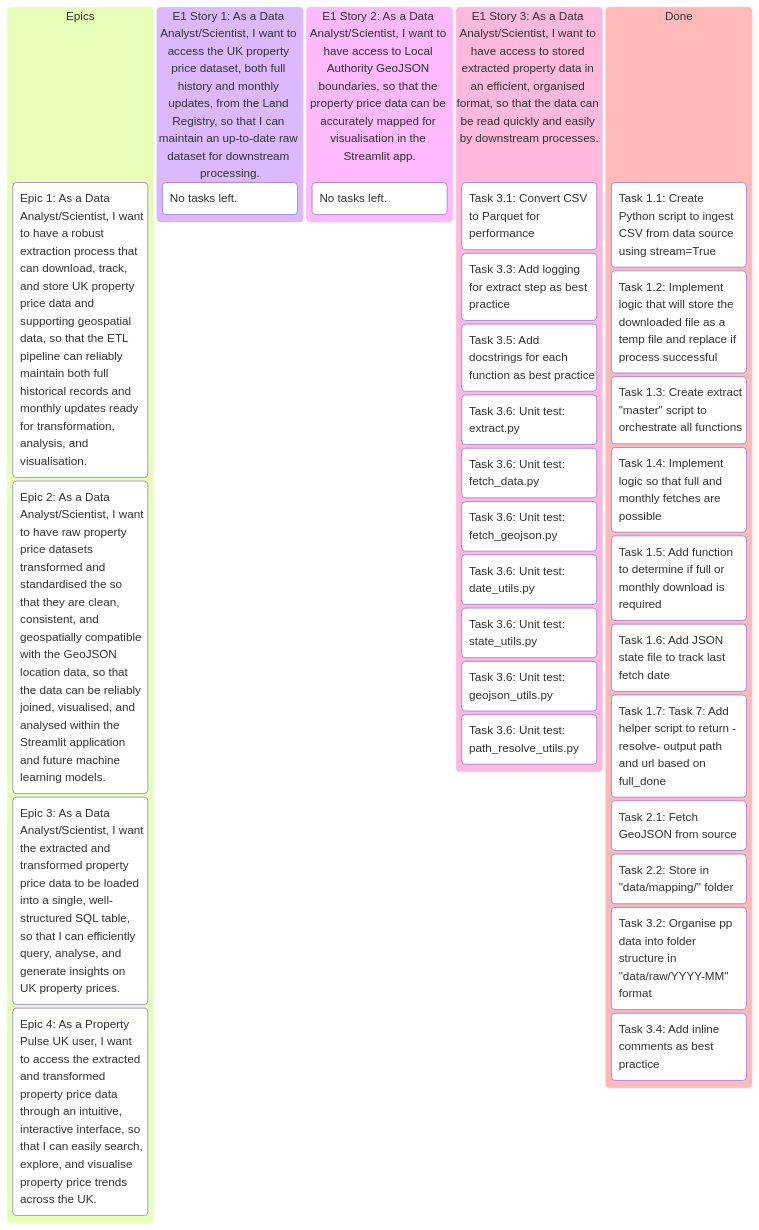
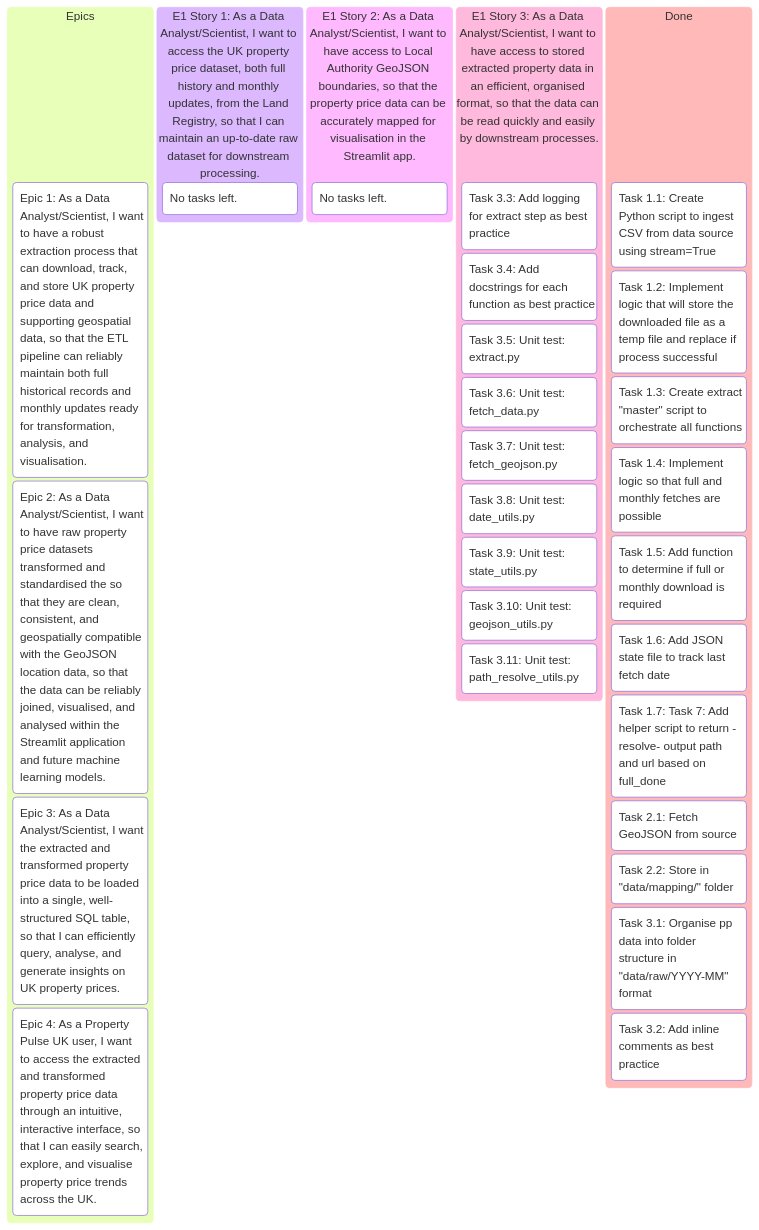
One commit to pavlekovic/property-pulse-uk changed the first of 2 diagrams in README.md. Above: the diagram before and after it, drawn with Mermaid. The commit also changed other lines of this file, not shown here.

Commit message:
gitignore update

````diff
--- a/README.md
+++ b/README.md
@@ -179,43 +179,42 @@
 ```mermaid
 kanban
     Epics
         (Epic 1: As a Data Analyst/Scientist, I want to have a robust extraction process that can download, track, and store UK property price data and supporting geospatial data, so that the ETL pipeline can reliably maintain both full historical records and monthly updates ready for transformation, analysis, and visualisation.)
 
         (Epic 2: As a Data Analyst/Scientist, I want to have raw property price datasets transformed and standardised the so that they are clean, consistent, and geospatially compatible with the GeoJSON location data, so that the data can be reliably joined, visualised, and analysed within the Streamlit application and future machine learning models.)
 
         (Epic 3: As a Data Analyst/Scientist, I want the extracted and transformed property price data to be loaded into a single, well-structured SQL table, so that I can efficiently query, analyse, and generate insights on UK property prices.)
 
         (Epic 4: As a Property Pulse UK user, I want to access the extracted and transformed property price data through an intuitive, interactive interface, so that I can easily search, explore, and visualise property price trends across the UK.)
 
     (E1 Story 1: As a Data Analyst/Scientist, I want to access the UK property price dataset, both full history and monthly updates, from the Land Registry, so that I can maintain an up-to-date raw dataset for downstream processing.)
         No tasks left.
 
     (E1 Story 2: As a Data Analyst/Scientist, I want to have access to Local Authority GeoJSON boundaries, so that the property price data can be accurately mapped for visualisation in the Streamlit app.)
         No tasks left.
 
     (E1 Story 3: As a Data Analyst/Scientist, I want to have access to stored extracted property data in an efficient, organised format, so that the data can be read quickly and easily by downstream processes.)
-        Task 3.1: Convert CSV to Parquet for performance
         Task 3.3: Add logging for extract step as best practice
-        Task 3.5: Add docstrings for each function as best practice
-        Task 3.6: Unit test: extract.py
+        Task 3.4: Add docstrings for each function as best practice
+        Task 3.5: Unit test: extract.py
         Task 3.6: Unit test: fetch_data.py
-        Task 3.6: Unit test: fetch_geojson.py
-        Task 3.6: Unit test: date_utils.py
-        Task 3.6: Unit test: state_utils.py
-        Task 3.6: Unit test: geojson_utils.py
-        Task 3.6: Unit test: path_resolve_utils.py
+        Task 3.7: Unit test: fetch_geojson.py
+        Task 3.8: Unit test: date_utils.py
+        Task 3.9: Unit test: state_utils.py
+        Task 3.10: Unit test: geojson_utils.py
+        Task 3.11: Unit test: path_resolve_utils.py
         
     Done
         Task 1.1: Create Python script to ingest CSV from data source using stream=True
         Task 1.2: Implement logic that will store the downloaded file as a temp file and replace if process successful
         Task 1.3: Create extract "master" script to orchestrate all functions
         Task 1.4: Implement logic so that full and monthly fetches are possible
         Task 1.5: Add function to determine if full or monthly download is required
         Task 1.6: Add JSON state file to track last fetch date
         Task 1.7: Task 7: Add helper script to return -resolve- output path and url based on full_done
         Task 2.1: Fetch GeoJSON from source
         Task 2.2: Store in "data/mapping/" folder
-        Task 3.2: Organise pp data into folder structure in "data/raw/YYYY-MM" format
-        Task 3.4: Add inline comments as best practice
+        Task 3.1: Organise pp data into folder structure in "data/raw/YYYY-MM" format
+        Task 3.2: Add inline comments as best practice
      
 ```
````
